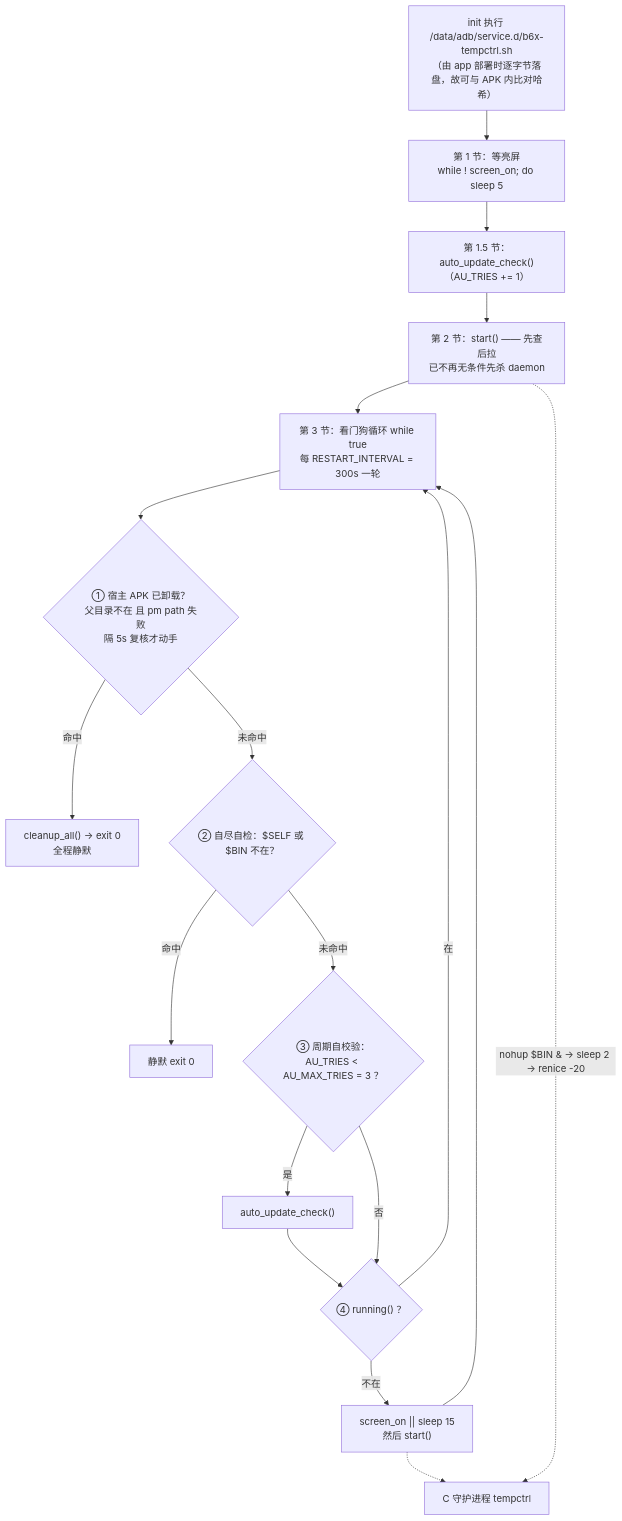
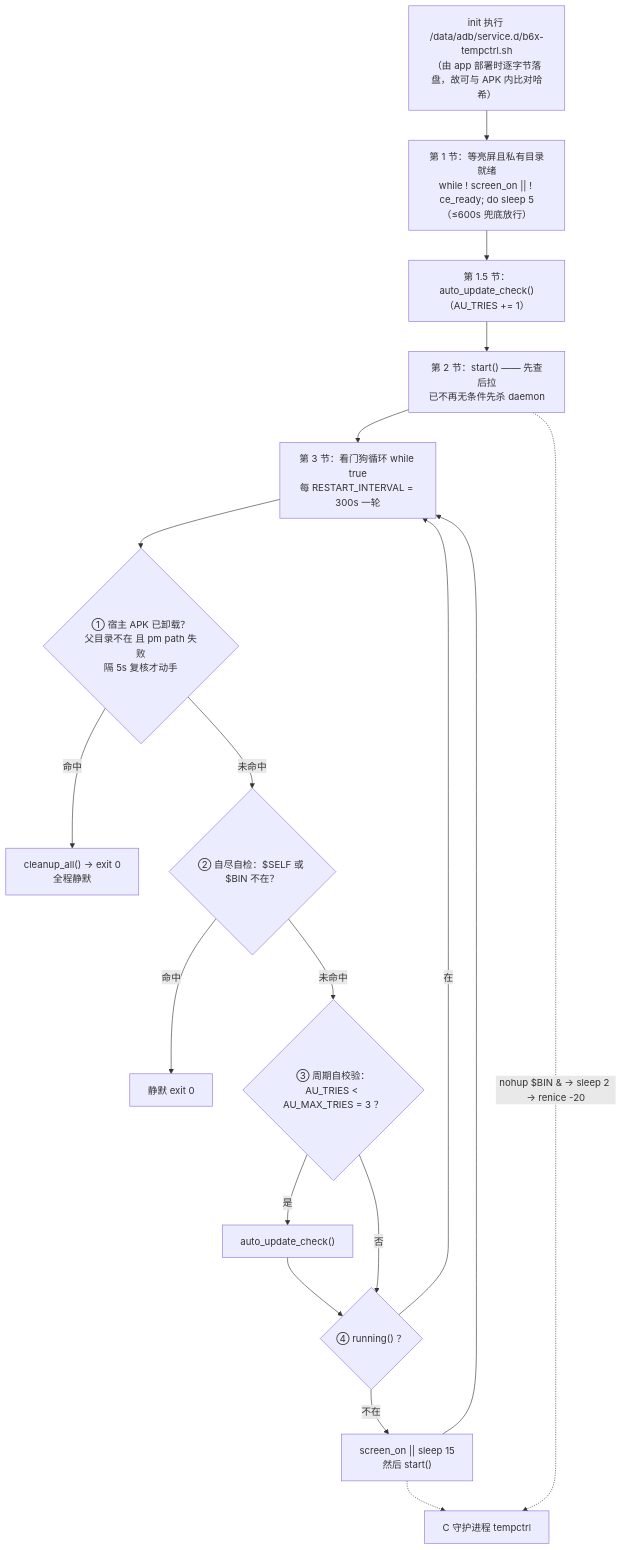
Before and after one commit to mengdao10086/b6x-Enhancement-Plan-ai: the first of 3 diagrams in 逻辑图/看门狗运行流程.md, drawn with Mermaid. The commit also changed other lines of this file and 4 other files, not shown here.

````diff
--- a/逻辑图/看门狗运行流程.md
+++ b/逻辑图/看门狗运行流程.md
@@ -8,21 +8,21 @@
 ```mermaid
 flowchart TD
     A["init 执行 /data/adb/service.d/b6x-tempctrl.sh<br/>（由 app 部署时逐字节落盘，故可与 APK 内比对哈希）"] --> B
-    B["第 1 节：等亮屏<br/>while ! screen_on; do sleep 5"] --> C
+    B["第 1 节：等亮屏且私有目录就绪<br/>while ! screen_on || ! ce_ready; do sleep 5<br/>（≤600s 兜底放行）"] --> C
     C["第 1.5 节：auto_update_check()<br/>（AU_TRIES += 1）"] --> D
     D["第 2 节：start() —— 先查后拉<br/>已不再无条件先杀 daemon"] --> E
     E["第 3 节：看门狗循环 while true<br/>每 RESTART_INTERVAL = 300s 一轮"] --> F
     F{"① 宿主 APK 已卸载？<br/>父目录不在 且 pm path 失败<br/>隔 5s 复核才动手"} -->|命中| F1["cleanup_all() → exit 0<br/>全程静默"]
     F -->|未命中| G
     G{"② 自尽自检：$SELF 或 $BIN 不在？"} -->|命中| G1["静默 exit 0"]
     G -->|未命中| H
     H{"③ 周期自校验：AU_TRIES < AU_MAX_TRIES = 3 ？"} -->|是| H1["auto_update_check()"]
     H -->|否| I
     H1 --> I
     I{"④ running() ？"} -->|在| E
     I -->|不在| I1["screen_on || sleep 15<br/>然后 start()"]
     I1 --> E
 
     D -.->|"nohup $BIN & → sleep 2 → renice -20"| J["C 守护进程 tempctrl"]
     I1 -.-> J
 ```
````
